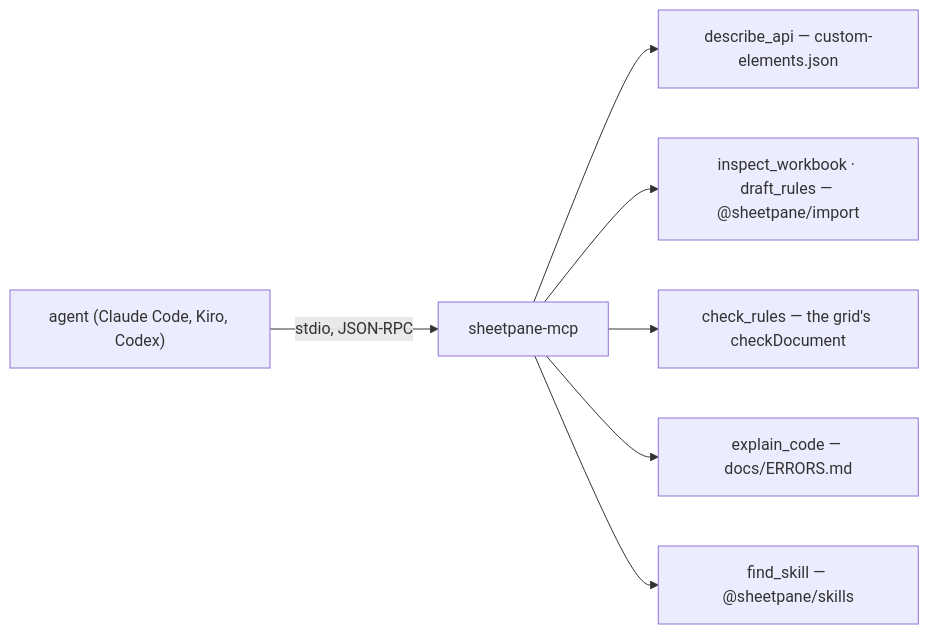
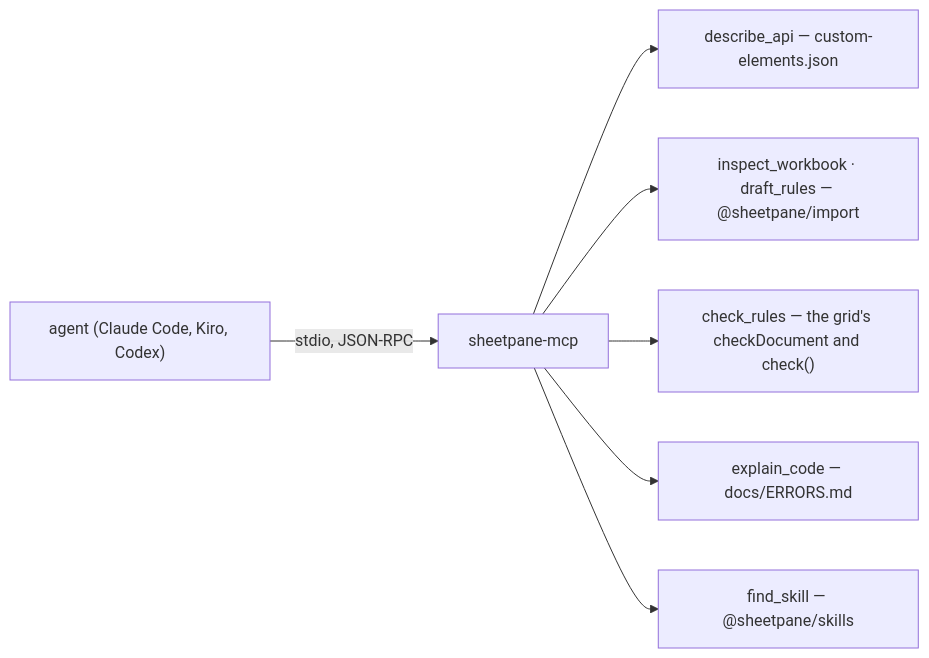
The diagram in records/0119_MCP.md (arpitarya/sheetpane), drawn with Mermaid before and after one commit. The commit also changed other lines of this file and 48 other files, not shown here.

First line of the commit message:
feat(grid): W-54 check() in Node — @sheetpane/grid/check and @sheetpane/validation/check (closed)

````diff
--- a/records/0119_MCP.md
+++ b/records/0119_MCP.md
@@ -27,9 +27,9 @@
 ```mermaid
 flowchart LR
     A["agent (Claude Code, Kiro, Codex)"] -- "stdio, JSON-RPC" --> S["sheetpane-mcp"]
     S --> D["describe_api — custom-elements.json"]
     S --> I["inspect_workbook · draft_rules — @sheetpane/import"]
-    S --> C["check_rules — the grid's checkDocument"]
+    S --> C["check_rules — the grid's checkDocument and check()"]
     S --> E["explain_code — docs/ERRORS.md"]
     S --> F["find_skill — @sheetpane/skills"]
 ```
````
